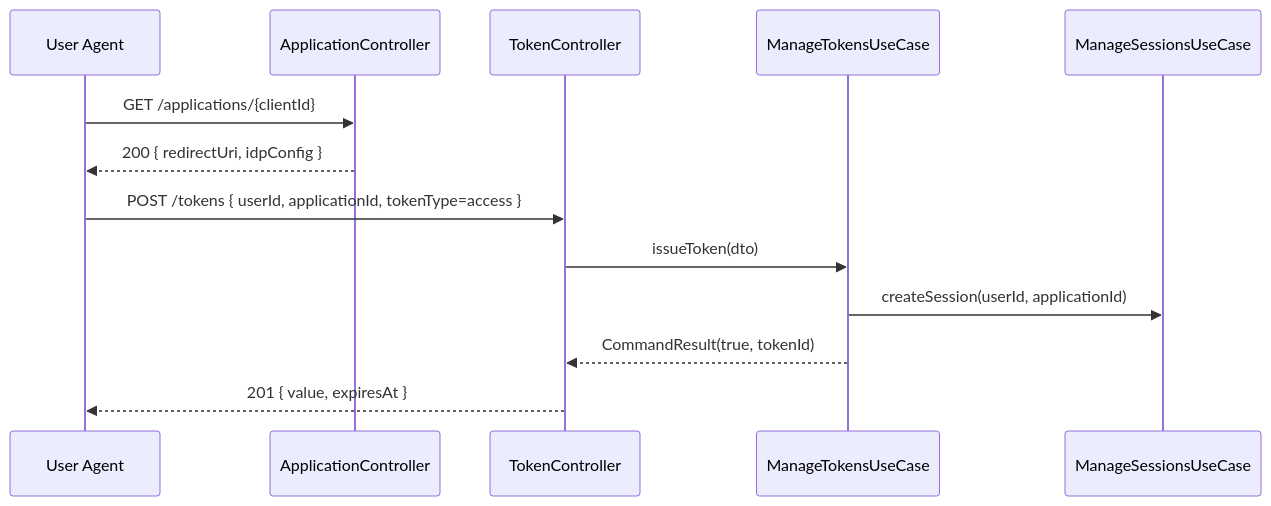
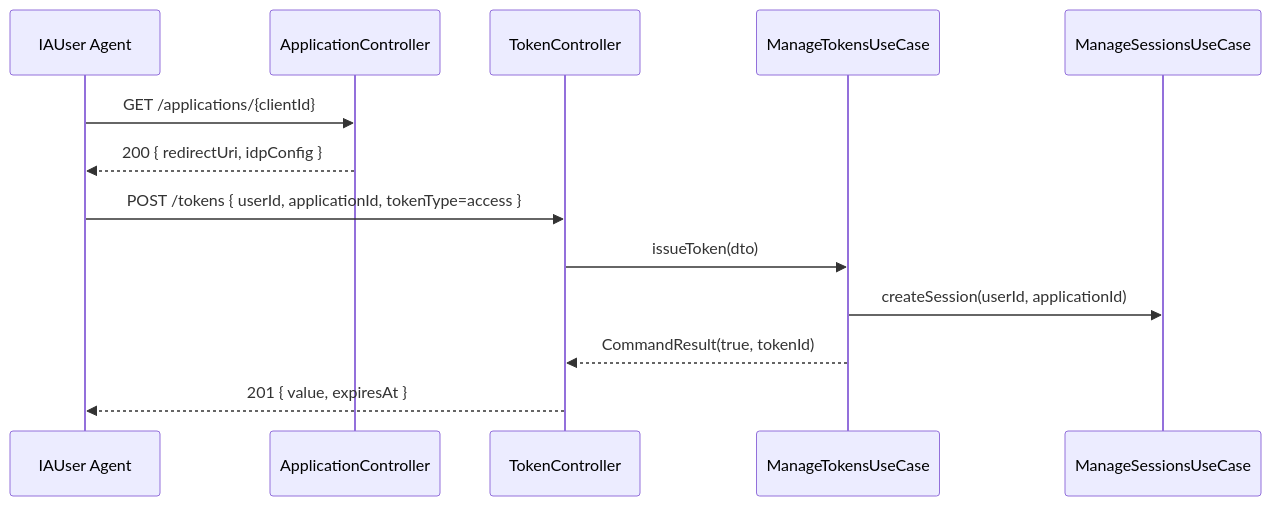
The third of 3 diagrams in identity-authentication/UML.md (UIMSolutions/uim-platform), drawn with Mermaid before and after one commit. The commit also changed other lines of this file and 224 other files, not shown here.

````diff
--- a/identity-authentication/UML.md
+++ b/identity-authentication/UML.md
@@ -135,17 +135,17 @@
 ```mermaid
 sequenceDiagram
-    participant UA as User Agent
+    participant UA as IAUser Agent
     participant AC as ApplicationController
     participant TC as TokenController
     participant TUC as ManageTokensUseCase
     participant SUC as ManageSessionsUseCase
 
     UA->>AC: GET /applications/{clientId}
     AC-->>UA: 200 { redirectUri, idpConfig }
 
     UA->>TC: POST /tokens { userId, applicationId, tokenType=access }
     TC->>TUC: issueToken(dto)
     TUC->>SUC: createSession(userId, applicationId)
     TUC-->>TC: CommandResult(true, tokenId)
     TC-->>UA: 201 { value, expiresAt }
 ```
````
